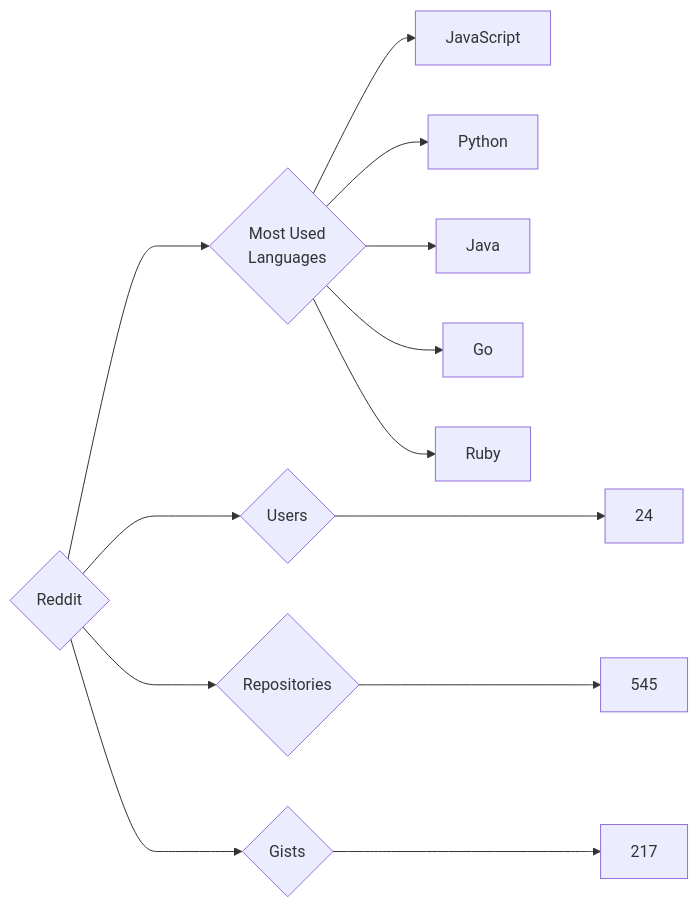
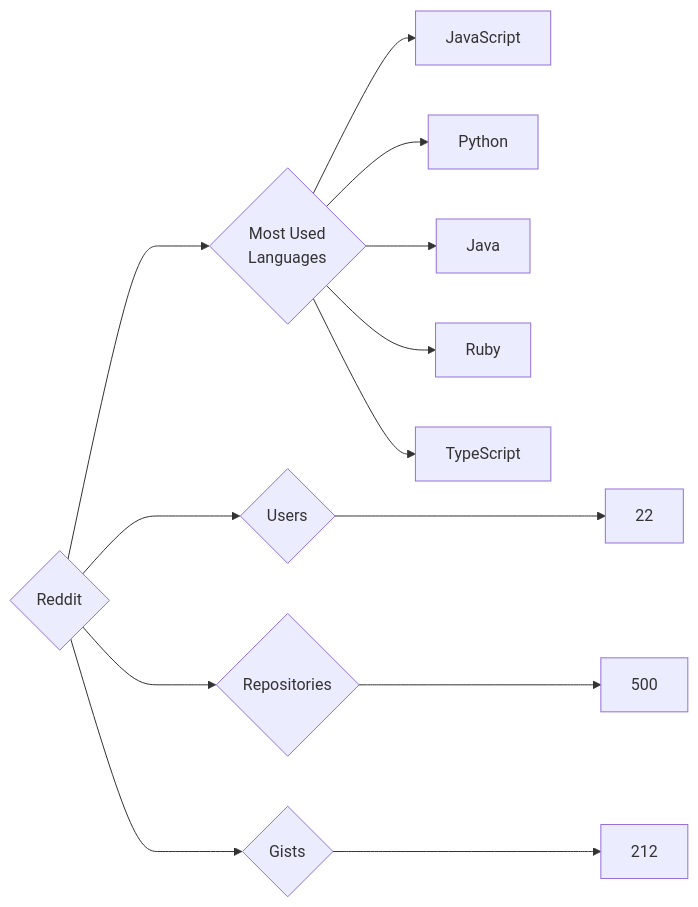
One commit to trickest/insiders changed the diagram in targets/Reddit/README.md. Above: the diagram before and after it, drawn with Mermaid. The commit also changed 1011 other files, not shown here.

````diff
--- a/targets/Reddit/README.md
+++ b/targets/Reddit/README.md
@@ -3,13 +3,13 @@
 ```mermaid
 graph LR
 COMPANY_NAME{Reddit}
-COMPANY_NAME ---> U{Users} ---> UN[24]
-COMPANY_NAME ---> R{Repositories} ---> RN[545]
-COMPANY_NAME ---> G{Gists} ---> GN[217]
+COMPANY_NAME ---> U{Users} ---> UN[22]
+COMPANY_NAME ---> R{Repositories} ---> RN[500]
+COMPANY_NAME ---> G{Gists} ---> GN[212]
 COMPANY_NAME ---> ML{Most Used<br>Languages}
 ML --> JavaScript[JavaScript]
 ML --> Python[Python]
 ML --> Java[Java]
-ML --> Go[Go]
 ML --> Ruby[Ruby]
+ML --> TypeScript[TypeScript]
 ```
````
